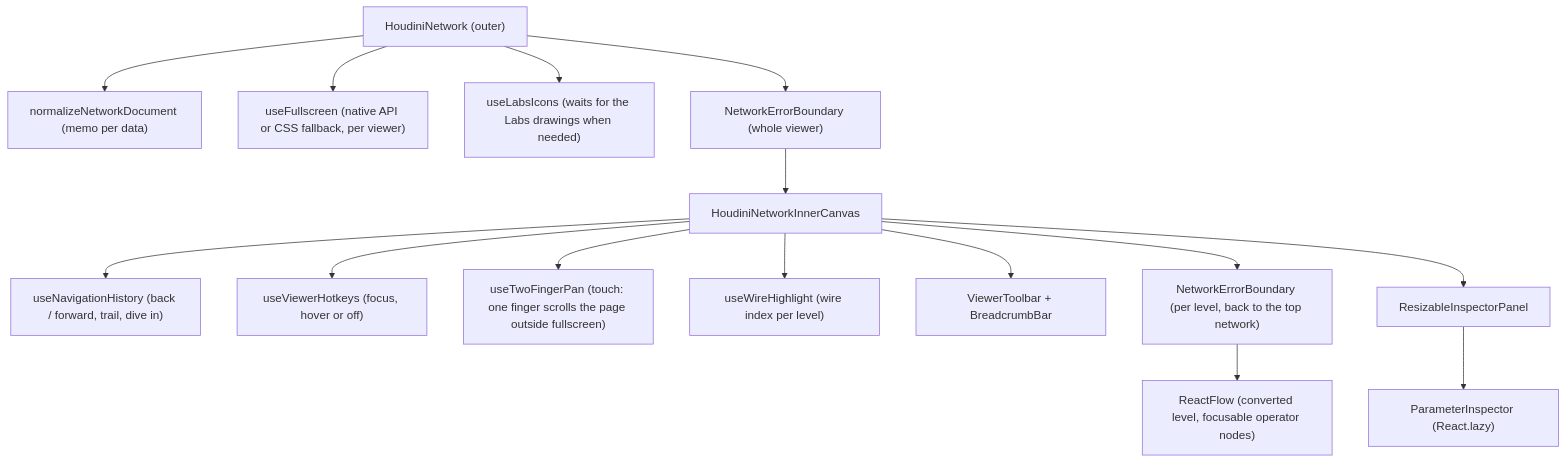
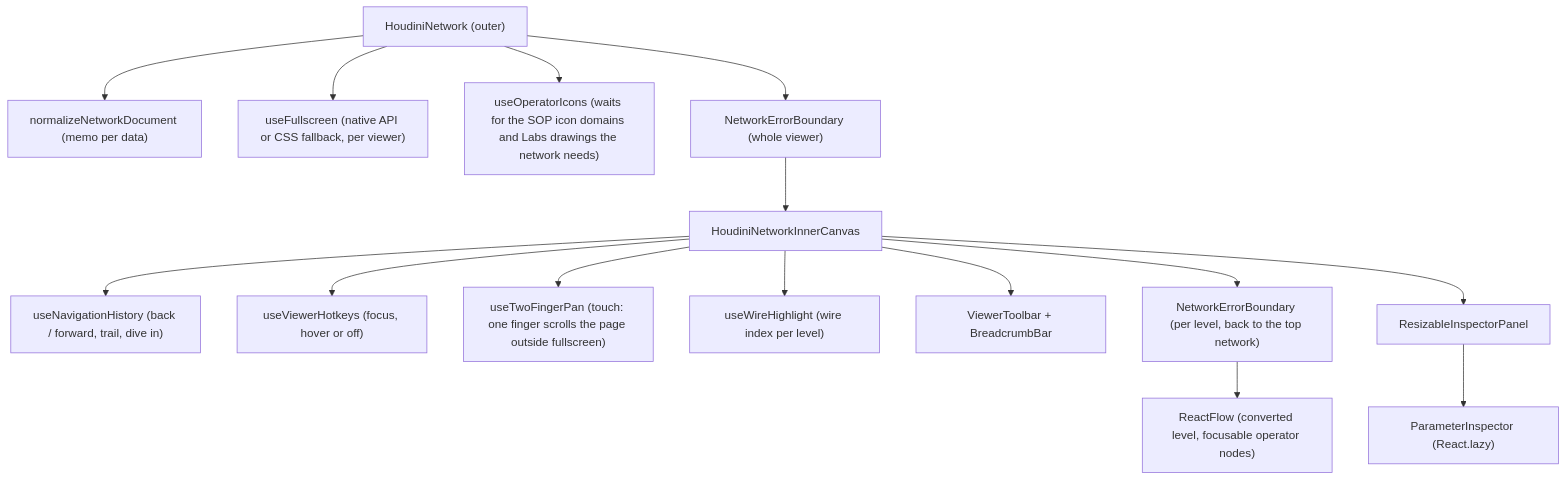
The second of 2 diagrams in docs/ARCHITECTURE.md (emil-judin/nop-houdini-network-viewer), drawn with Mermaid before and after one commit. The commit also changed other lines of this file and 257 other files, not shown here.

First line of the commit message:
Icons: 825 built-in SOP drawings live, loaded per domain

````diff
--- a/docs/ARCHITECTURE.md
+++ b/docs/ARCHITECTURE.md
@@ -83,17 +83,17 @@
 ```mermaid
 flowchart TD
     HN["HoudiniNetwork (outer)"] --> Parse["normalizeNetworkDocument (memo per data)"]
     HN --> FS["useFullscreen (native API or CSS fallback, per viewer)"]
-    HN --> Labs["useLabsIcons (waits for the Labs drawings when needed)"]
+    HN --> Labs["useOperatorIcons (waits for the SOP icon domains and Labs drawings the network needs)"]
     HN --> EB1["NetworkErrorBoundary (whole viewer)"]
     EB1 --> Inner["HoudiniNetworkInnerCanvas"]
     Inner --> Nav["useNavigationHistory (back / forward, trail, dive in)"]
     Inner --> Keys["useViewerHotkeys (focus, hover or off)"]
     Inner --> TP["useTwoFingerPan (touch: one finger scrolls the page outside fullscreen)"]
     Inner --> Wires["useWireHighlight (wire index per level)"]
     Inner --> Toolbar["ViewerToolbar + BreadcrumbBar"]
     Inner --> EB2["NetworkErrorBoundary (per level, back to the top network)"]
     EB2 --> RF["ReactFlow (converted level, focusable operator nodes)"]
     Inner --> Panel["ResizableInspectorPanel"]
     Panel --> Insp["ParameterInspector (React.lazy)"]
 ```
````
